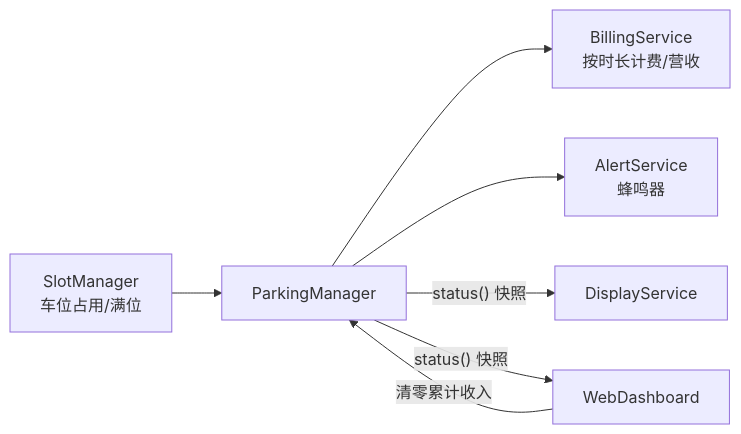
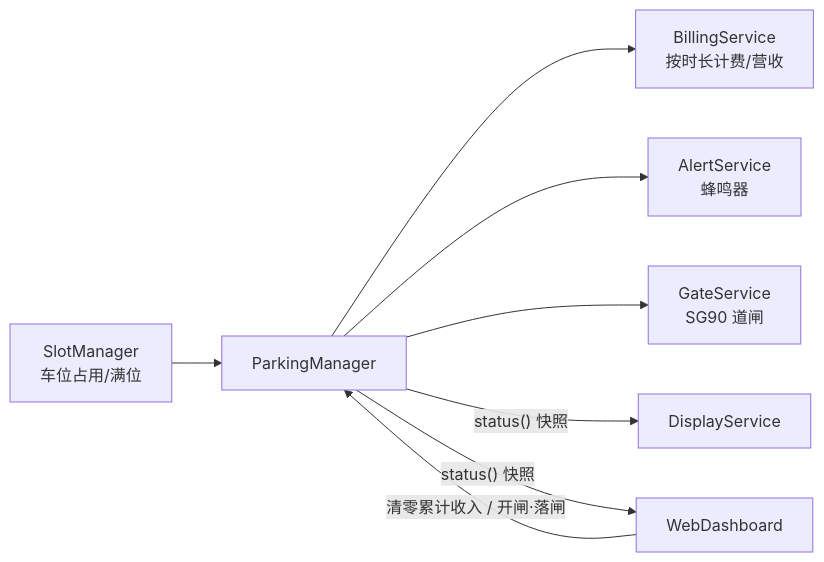
The first of 2 diagrams in docs/architecture.md (JacksonTai2007/esp32-smart-parking-system), drawn with Mermaid before and after one commit. The commit also changed other lines of this file and 20 other files, not shown here.

````diff
--- a/docs/architecture.md
+++ b/docs/architecture.md
@@ -32,9 +34,10 @@
 ```mermaid
 flowchart LR
     SLOTS[SlotManager<br/>车位占用/满位] --> PM[ParkingManager]
     PM --> BILL[BillingService<br/>按时长计费/营收]
     PM --> ALERT[AlertService<br/>蜂鸣器]
+    PM --> GATE[GateService<br/>SG90 道闸]
     PM -- "status() 快照" --> OLED[DisplayService]
     PM -- "status() 快照" --> WEB[WebDashboard]
-    WEB -- "清零累计收入" --> PM
+    WEB -- "清零累计收入 / 开闸·落闸" --> PM
 ```
````
